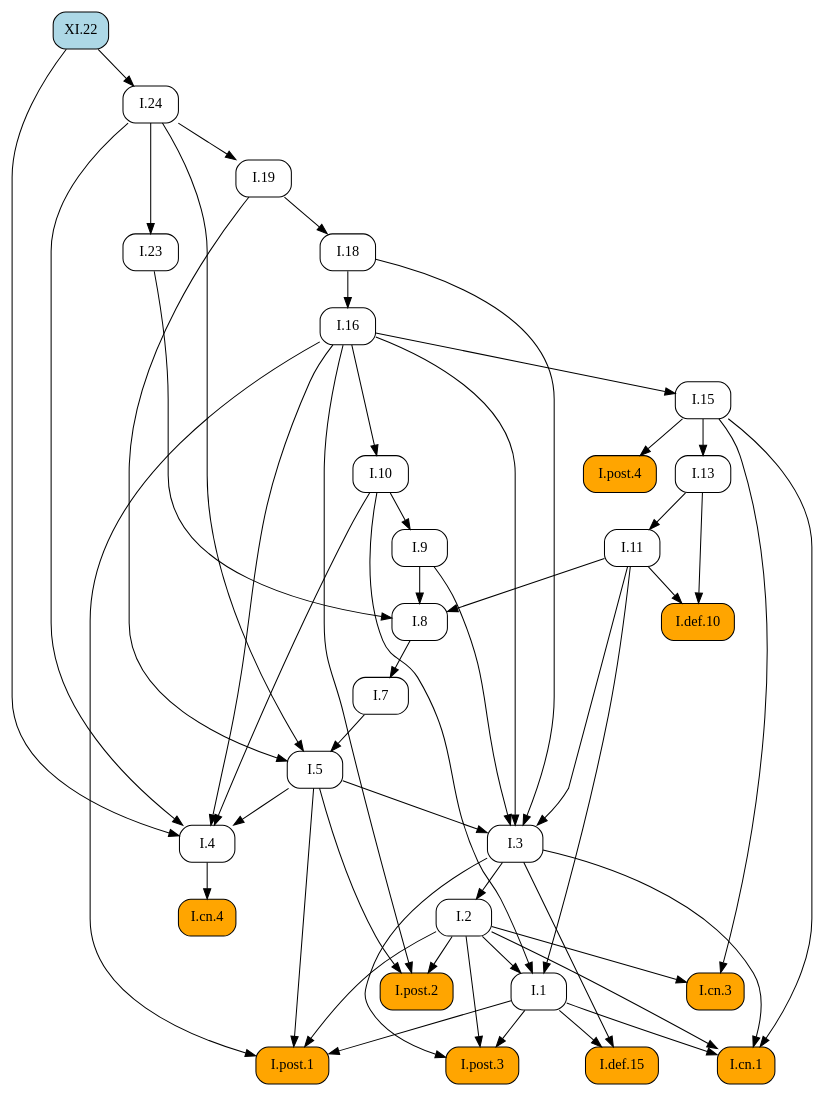
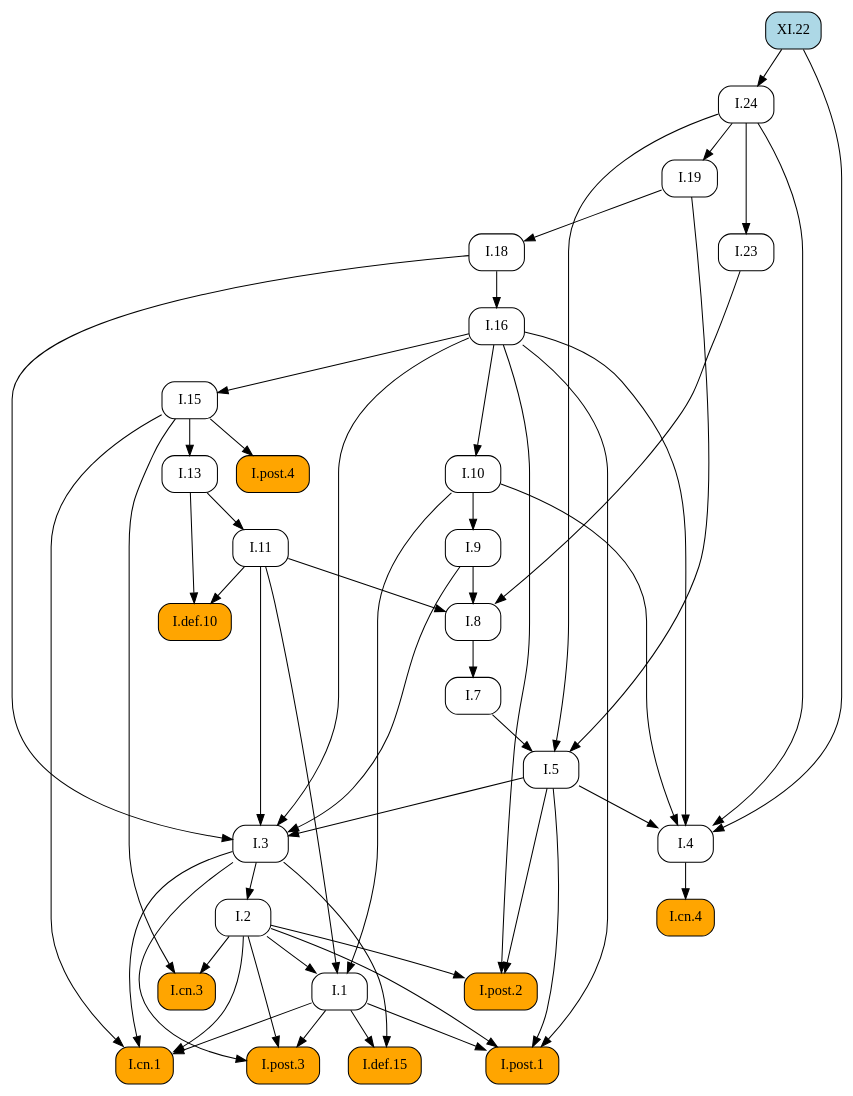
Before and after one commit to geometor/elements: the diagram in docsrc/heath/XI/22/index.rst, drawn with Graphviz. The commit also changed other lines of this file and 1029 other files, not shown here.

```diff
--- a/docsrc/heath/XI/22/index.rst
+++ b/docsrc/heath/XI/22/index.rst
@@ -56,84 +56,84 @@
    digraph {
      rankdir="TB";
      node [shape=box, style=rounded];
+     "I.def.10" [style="rounded,filled", fillcolor=orange, URL="/heath/I/def.10/", target="_top"];
+     "I.11" [URL="/heath/I/11/", target="_top"];
+     "I.post.4" [style="rounded,filled", fillcolor=orange, URL="/heath/I/post.4/", target="_top"];
+     "I.1" [URL="/heath/I/1/", target="_top"];
+     "XI.22" [style="rounded,filled", fillcolor=lightblue, URL="/heath/XI/22/", target="_top"];
+     "I.7" [URL="/heath/I/7/", target="_top"];
+     "I.3" [URL="/heath/I/3/", target="_top"];
+     "I.24" [URL="/heath/I/24/", target="_top"];
+     "I.2" [URL="/heath/I/2/", target="_top"];
+     "I.4" [URL="/heath/I/4/", target="_top"];
      "I.13" [URL="/heath/I/13/", target="_top"];
+     "I.post.2" [style="rounded,filled", fillcolor=orange, URL="/heath/I/post.2/", target="_top"];
+     "I.18" [URL="/heath/I/18/", target="_top"];
+     "I.16" [URL="/heath/I/16/", target="_top"];
+     "I.def.15" [style="rounded,filled", fillcolor=orange, URL="/heath/I/def.15/", target="_top"];
+     "I.19" [URL="/heath/I/19/", target="_top"];
+     "I.post.3" [style="rounded,filled", fillcolor=orange, URL="/heath/I/post.3/", target="_top"];
+     "I.9" [URL="/heath/I/9/", target="_top"];
+     "I.cn.1" [style="rounded,filled", fillcolor=orange, URL="/heath/I/cn.1/", target="_top"];
      "I.cn.3" [style="rounded,filled", fillcolor=orange, URL="/heath/I/cn.3/", target="_top"];
+     "I.8" [URL="/heath/I/8/", target="_top"];
+     "I.cn.4" [style="rounded,filled", fillcolor=orange, URL="/heath/I/cn.4/", target="_top"];
+     "I.23" [URL="/heath/I/23/", target="_top"];
+     "I.15" [URL="/heath/I/15/", target="_top"];
+     "I.post.1" [style="rounded,filled", fillcolor=orange, URL="/heath/I/post.1/", target="_top"];
+     "I.10" [URL="/heath/I/10/", target="_top"];
      "I.5" [URL="/heath/I/5/", target="_top"];
-     "I.11" [URL="/heath/I/11/", target="_top"];
-     "I.7" [URL="/heath/I/7/", target="_top"];
-     "I.10" [URL="/heath/I/10/", target="_top"];
-     "I.4" [URL="/heath/I/4/", target="_top"];
-     "I.3" [URL="/heath/I/3/", target="_top"];
-     "I.16" [URL="/heath/I/16/", target="_top"];
-     "I.8" [URL="/heath/I/8/", target="_top"];
-     "I.9" [URL="/heath/I/9/", target="_top"];
-     "I.def.10" [style="rounded,filled", fillcolor=orange, URL="/heath/I/def.10/", target="_top"];
-     "I.post.4" [style="rounded,filled", fillcolor=orange, URL="/heath/I/post.4/", target="_top"];
-     "I.post.2" [style="rounded,filled", fillcolor=orange, URL="/heath/I/post.2/", target="_top"];
-     "I.2" [URL="/heath/I/2/", target="_top"];
-     "XI.22" [style="rounded,filled", fillcolor=lightblue, URL="/heath/XI/22/", target="_top"];
-     "I.def.15" [style="rounded,filled", fillcolor=orange, URL="/heath/I/def.15/", target="_top"];
-     "I.1" [URL="/heath/I/1/", target="_top"];
-     "I.post.3" [style="rounded,filled", fillcolor=orange, URL="/heath/I/post.3/", target="_top"];
-     "I.post.1" [style="rounded,filled", fillcolor=orange, URL="/heath/I/post.1/", target="_top"];
-     "I.24" [URL="/heath/I/24/", target="_top"];
-     "I.cn.4" [style="rounded,filled", fillcolor=orange, URL="/heath/I/cn.4/", target="_top"];
-     "I.cn.1" [style="rounded,filled", fillcolor=orange, URL="/heath/I/cn.1/", target="_top"];
-     "I.15" [URL="/heath/I/15/", target="_top"];
-     "I.19" [URL="/heath/I/19/", target="_top"];
-     "I.18" [URL="/heath/I/18/", target="_top"];
-     "I.23" [URL="/heath/I/23/", target="_top"];
-     "I.15" -> "I.13";
-     "I.2" -> "I.cn.3";
-     "I.15" -> "I.cn.3";
-     "I.7" -> "I.5";
-     "I.19" -> "I.5";
-     "I.24" -> "I.5";
+     "I.11" -> "I.def.10";
+     "I.13" -> "I.def.10";
      "I.13" -> "I.11";
+     "I.15" -> "I.post.4";
+     "I.2" -> "I.1";
+     "I.10" -> "I.1";
+     "I.11" -> "I.1";
      "I.8" -> "I.7";
-     "I.16" -> "I.10";
+     "I.5" -> "I.3";
+     "I.9" -> "I.3";
+     "I.11" -> "I.3";
+     "I.16" -> "I.3";
+     "I.18" -> "I.3";
+     "XI.22" -> "I.24";
+     "I.3" -> "I.2";
      "I.5" -> "I.4";
      "I.10" -> "I.4";
      "I.16" -> "I.4";
      "I.24" -> "I.4";
      "XI.22" -> "I.4";
-     "I.5" -> "I.3";
-     "I.9" -> "I.3";
-     "I.11" -> "I.3";
-     "I.16" -> "I.3";
-     "I.18" -> "I.3";
+     "I.15" -> "I.13";
+     "I.2" -> "I.post.2";
+     "I.5" -> "I.post.2";
+     "I.16" -> "I.post.2";
+     "I.19" -> "I.18";
      "I.18" -> "I.16";
+     "I.1" -> "I.def.15";
+     "I.3" -> "I.def.15";
+     "I.24" -> "I.19";
+     "I.1" -> "I.post.3";
+     "I.2" -> "I.post.3";
+     "I.3" -> "I.post.3";
+     "I.10" -> "I.9";
+     "I.1" -> "I.cn.1";
+     "I.2" -> "I.cn.1";
+     "I.3" -> "I.cn.1";
+     "I.15" -> "I.cn.1";
+     "I.2" -> "I.cn.3";
+     "I.15" -> "I.cn.3";
      "I.9" -> "I.8";
      "I.11" -> "I.8";
      "I.23" -> "I.8";
-     "I.10" -> "I.9";
-     "I.11" -> "I.def.10";
-     "I.13" -> "I.def.10";
-     "I.15" -> "I.post.4";
-     "I.2" -> "I.post.2";
-     "I.5" -> "I.post.2";
-     "I.16" -> "I.post.2";
-     "I.3" -> "I.2";
-     "I.1" -> "I.def.15";
-     "I.3" -> "I.def.15";
-     "I.2" -> "I.1";
-     "I.10" -> "I.1";
-     "I.11" -> "I.1";
-     "I.1" -> "I.post.3";
-     "I.2" -> "I.post.3";
-     "I.3" -> "I.post.3";
+     "I.4" -> "I.cn.4";
+     "I.24" -> "I.23";
+     "I.16" -> "I.15";
      "I.1" -> "I.post.1";
      "I.2" -> "I.post.1";
      "I.5" -> "I.post.1";
      "I.16" -> "I.post.1";
-     "XI.22" -> "I.24";
-     "I.4" -> "I.cn.4";
-     "I.1" -> "I.cn.1";
-     "I.2" -> "I.cn.1";
-     "I.3" -> "I.cn.1";
-     "I.15" -> "I.cn.1";
-     "I.16" -> "I.15";
-     "I.24" -> "I.19";
-     "I.19" -> "I.18";
-     "I.24" -> "I.23";
+     "I.16" -> "I.10";
+     "I.7" -> "I.5";
+     "I.19" -> "I.5";
+     "I.24" -> "I.5";
    }
```
